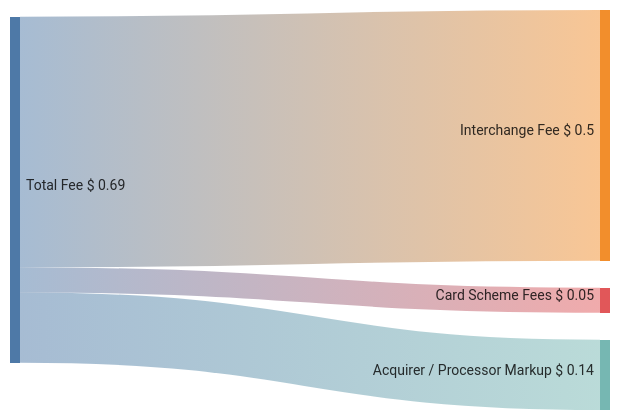
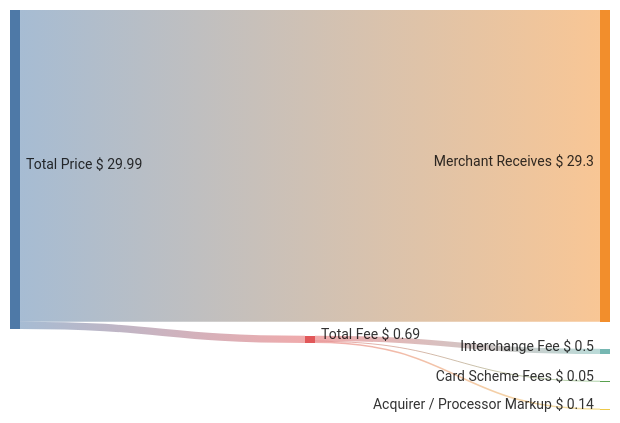
Before and after one commit to WCY-dt/blog: the fifth of 29 diagrams in _posts/2026-09-05-交易模型.md, drawn with Mermaid. The commit also changed other lines of this file, not shown here.

````diff
--- a/_posts/2026-09-05-交易模型.md
+++ b/_posts/2026-09-05-交易模型.md
@@ -536,7 +600,9 @@
 ```mermaid
 sankey
 
+"Total Price $","Merchant Receives $",29.30
+"Total Price $","Total Fee $",0.69
 "Total Fee $","Interchange Fee $",0.50
 "Total Fee $","Card Scheme Fees $",0.05
 "Total Fee $","Acquirer / Processor Markup $",0.14
 ```
````
